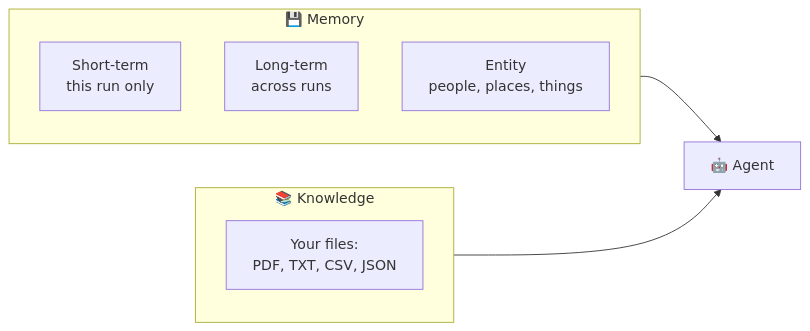
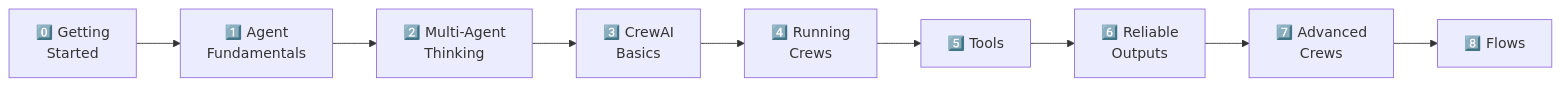
The second of 2 diagrams in README.md (venkata-bcs/crew-ai-masterclass), drawn with Mermaid before and after one commit. The commit also changed other lines of this file and 73 other files, not shown here.

````diff
--- a/README.md
+++ b/README.md
@@ -431,13 +38,5 @@
 ```mermaid
 flowchart LR
-    subgraph Memory["💾 Memory"]
-        ST["Short-term<br/>this run only"]
-        LT["Long-term<br/>across runs"]
-        EN["Entity<br/>people, places, things"]
-    end
-    subgraph Knowledge["📚 Knowledge"]
-        K["Your files:<br/>PDF, TXT, CSV, JSON"]
-    end
-    Memory --> Agent["🤖 Agent"]
-    Knowledge --> Agent
+    M0["0️⃣ Getting<br/>Started"] --> M1["1️⃣ Agent<br/>Fundamentals"] --> M2["2️⃣ Multi-Agent<br/>Thinking"] --> M3["3️⃣ CrewAI<br/>Basics"] --> M4["4️⃣ Running<br/>Crews"]
+    M4 --> M5["5️⃣ Tools"] --> M6["6️⃣ Reliable<br/>Outputs"] --> M7["7️⃣ Advanced<br/>Crews"] --> M8["8️⃣ Flows"]
 ```
````
